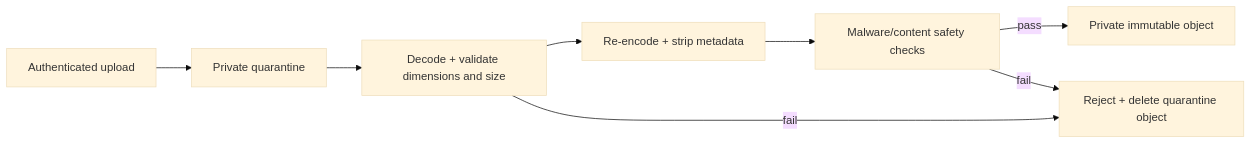
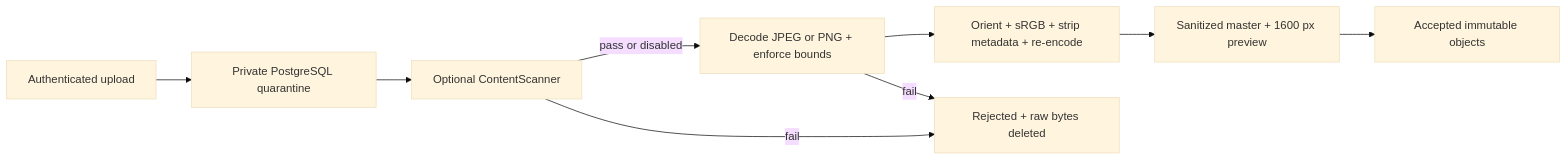
One commit to sdegroot/bloei.me changed the fifth of 6 diagrams in solution-architecture.md. Above: the diagram before and after it, drawn with Mermaid (base theme). The commit also changed other lines of this file and 8 other files, not shown here.

Commit message:
docs(architecture): formalize technical pilot choices

````diff
--- a/solution-architecture.md
+++ b/solution-architecture.md
@@ -705,15 +720,16 @@
 ```mermaid
 flowchart LR
     upload[Authenticated upload]
-    quarantine[Private quarantine]
-    decode[Decode + validate dimensions and size]
-    sanitize[Re-encode + strip metadata]
-    scan[Malware/content safety checks]
-    accepted[Private immutable object]
-    rejected[Reject + delete quarantine object]
+    quarantine[Private PostgreSQL quarantine]
+    decode[Decode JPEG or PNG + enforce bounds]
+    sanitize[Orient + sRGB + strip metadata + re-encode]
+    scan[Optional ContentScanner]
+    derivatives[Sanitized master + 1600 px preview]
+    accepted[Accepted immutable objects]
+    rejected[Rejected + raw bytes deleted]
 
-    upload --> quarantine --> decode --> sanitize --> scan
-    scan -->|pass| accepted
+    upload --> quarantine --> scan
+    scan -->|pass or disabled| decode --> sanitize --> derivatives --> accepted
     decode -->|fail| rejected
     scan -->|fail| rejected
 ```
````
